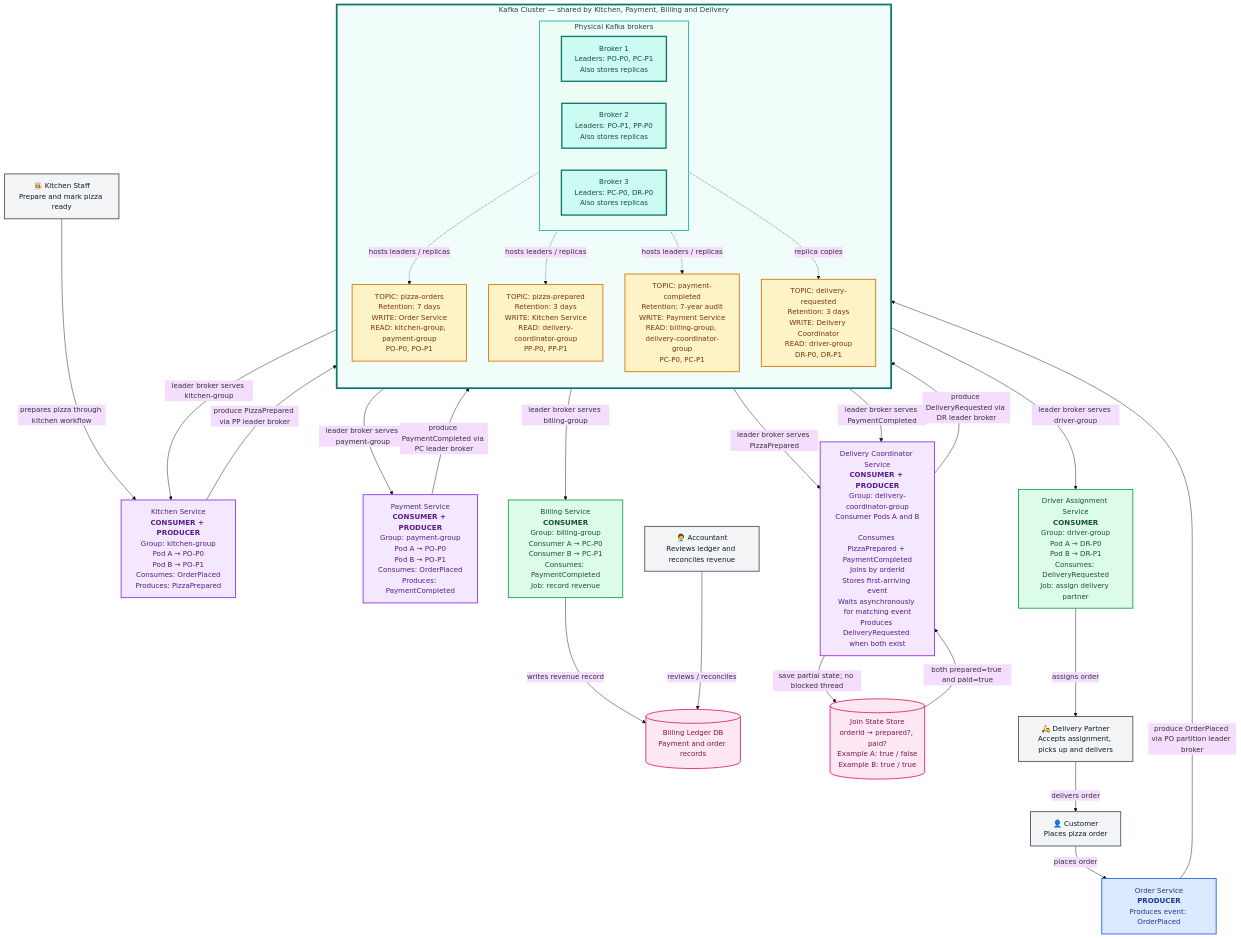
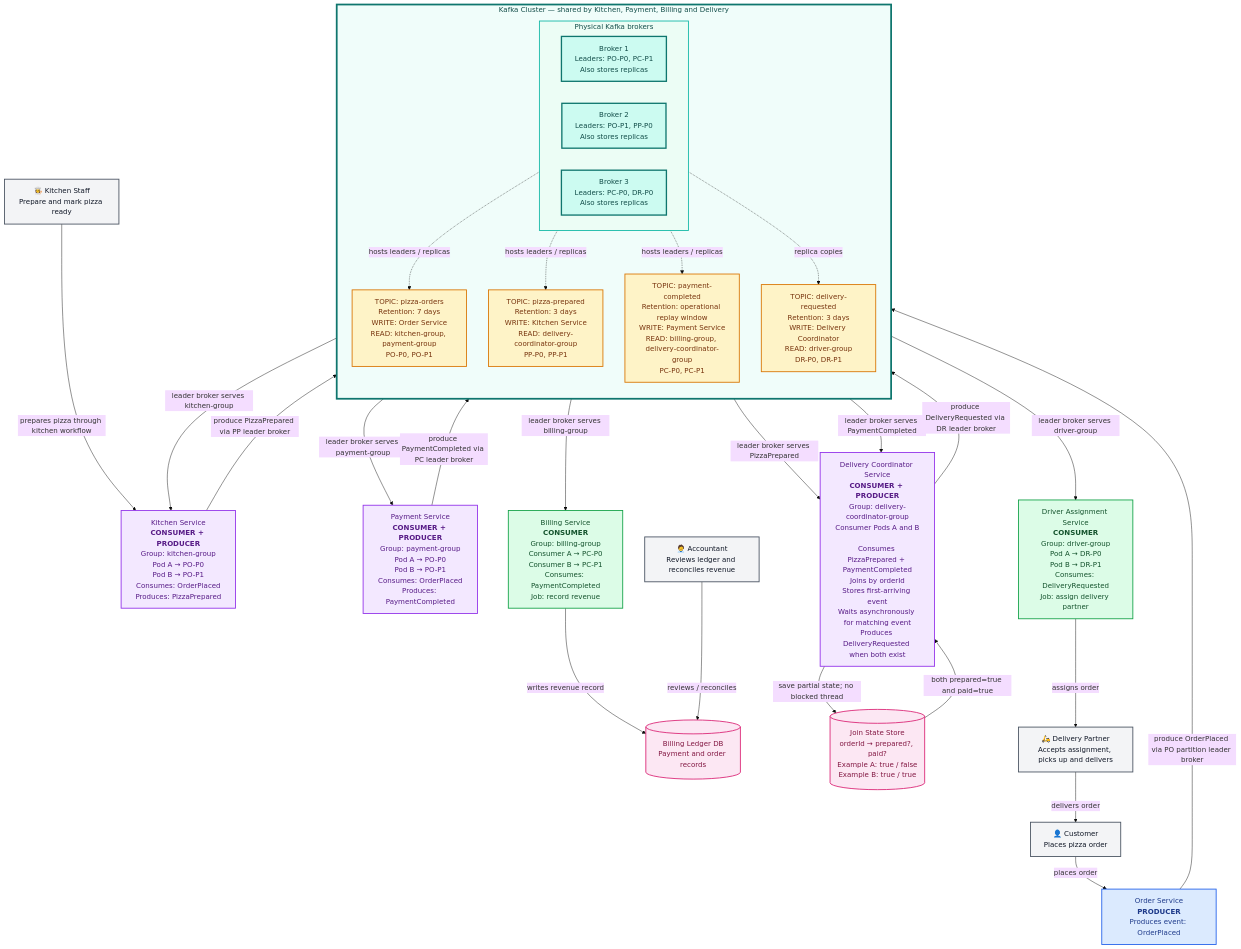
The second of 6 diagrams in Kafka-Questions.md (arpit-jain-mygit/interview-preparation), drawn with Mermaid (base theme) before and after one commit. The commit also changed other lines of this file, not shown here.

Commit message:
Add DCP ordering durability and audit deep dive

````diff
--- a/Kafka-Questions.md
+++ b/Kafka-Questions.md
@@ -74,65 +75,65 @@
 ```mermaid
 flowchart TB
     CUSTOMER["👤 Customer<br/>Places pizza order"]:::actor
     ORDER["Order Service<br/><b>PRODUCER</b><br/>Produces event: OrderPlaced"]:::producer
     KITCHEN["Kitchen Service<br/><b>CONSUMER + PRODUCER</b><br/>Group: kitchen-group<br/>Pod A → PO-P0<br/>Pod B → PO-P1<br/>Consumes: OrderPlaced<br/>Produces: PizzaPrepared"]:::both
     PAYMENT["Payment Service<br/><b>CONSUMER + PRODUCER</b><br/>Group: payment-group<br/>Pod A → PO-P0<br/>Pod B → PO-P1<br/>Consumes: OrderPlaced<br/>Produces: PaymentCompleted"]:::both
     STAFF["👩‍🍳 Kitchen Staff<br/>Prepare and mark pizza ready"]:::actor
     BILLING["Billing Service<br/><b>CONSUMER</b><br/>Group: billing-group<br/>Consumer A → PC-P0<br/>Consumer B → PC-P1<br/>Consumes: PaymentCompleted<br/>Job: record revenue"]:::consumer
     ACCOUNTANT["🧑‍💼 Accountant<br/>Reviews ledger and reconciles revenue"]:::actor
     LEDGER[("Billing Ledger DB<br/>Payment and order records")]:::store
     JOIN["Delivery Coordinator Service<br/><b>CONSUMER + PRODUCER</b><br/>Group: delivery-coordinator-group<br/>Consumer Pods A and B<br/><br/>Consumes PizzaPrepared + PaymentCompleted<br/>Joins by orderId<br/>Stores first-arriving event<br/>Waits asynchronously for matching event<br/>Produces DeliveryRequested when both exist"]:::both
     JOINSTORE[("Join State Store<br/>orderId → prepared?, paid?<br/>Example A: true / false<br/>Example B: true / true")]:::store
     DRIVER["Driver Assignment Service<br/><b>CONSUMER</b><br/>Group: driver-group<br/>Pod A → DR-P0<br/>Pod B → DR-P1<br/>Consumes: DeliveryRequested<br/>Job: assign delivery partner"]:::consumer
     PARTNER["🛵 Delivery Partner<br/>Accepts assignment, picks up and delivers"]:::actor
 
     subgraph KAFKA["Kafka Cluster — shared by Kitchen, Payment, Billing and Delivery"]
         direction TB
 
         subgraph BROKERS["Physical Kafka brokers"]
             direction LR
             B1["Broker 1<br/>Leaders: PO-P0, PC-P1<br/>Also stores replicas"]:::cluster
             B2["Broker 2<br/>Leaders: PO-P1, PP-P0<br/>Also stores replicas"]:::cluster
             B3["Broker 3<br/>Leaders: PC-P0, DR-P0<br/>Also stores replicas"]:::cluster
         end
 
         PO["TOPIC: pizza-orders<br/>Retention: 7 days<br/>WRITE: Order Service<br/>READ: kitchen-group, payment-group<br/>PO-P0, PO-P1"]:::topic
         PP["TOPIC: pizza-prepared<br/>Retention: 3 days<br/>WRITE: Kitchen Service<br/>READ: delivery-coordinator-group<br/>PP-P0, PP-P1"]:::topic
-        PC["TOPIC: payment-completed<br/>Retention: 7-year audit<br/>WRITE: Payment Service<br/>READ: billing-group, delivery-coordinator-group<br/>PC-P0, PC-P1"]:::topic
+        PC["TOPIC: payment-completed<br/>Retention: operational replay window<br/>WRITE: Payment Service<br/>READ: billing-group, delivery-coordinator-group<br/>PC-P0, PC-P1"]:::topic
         DR["TOPIC: delivery-requested<br/>Retention: 3 days<br/>WRITE: Delivery Coordinator<br/>READ: driver-group<br/>DR-P0, DR-P1"]:::topic
 
         B1 -.->|"hosts leaders / replicas"| PO
         B2 -.->|"hosts leaders / replicas"| PP
         B3 -.->|"hosts leaders / replicas"| PC
         B1 -.->|"replica copies"| DR
     end
 
     CUSTOMER -->|"places order"| ORDER
     ORDER -->|"produce OrderPlaced via PO partition leader broker"| PO
     PO -->|"leader broker serves kitchen-group"| KITCHEN
     PO -->|"leader broker serves payment-group"| PAYMENT
     STAFF -->|"prepares pizza through kitchen workflow"| KITCHEN
     KITCHEN -->|"produce PizzaPrepared via PP leader broker"| PP
     PAYMENT -->|"produce PaymentCompleted via PC leader broker"| PC
     PC -->|"leader broker serves billing-group"| BILLING
     BILLING -->|"writes revenue record"| LEDGER
     ACCOUNTANT -->|"reviews / reconciles"| LEDGER
     PP -->|"leader broker serves PizzaPrepared"| JOIN
     PC -->|"leader broker serves PaymentCompleted"| JOIN
     JOIN -->|"save partial state; no blocked thread"| JOINSTORE
     JOINSTORE -->|"both prepared=true and paid=true"| JOIN
     JOIN -->|"produce DeliveryRequested via DR leader broker"| DR
     DR -->|"leader broker serves driver-group"| DRIVER
     DRIVER -->|"assigns order"| PARTNER
     PARTNER -->|"delivers order"| CUSTOMER
 
     classDef actor fill:#F3F4F6,stroke:#4B5563,color:#111827,stroke-width:2px;
     classDef producer fill:#DBEAFE,stroke:#2563EB,color:#1E3A8A,stroke-width:2px;
     classDef consumer fill:#DCFCE7,stroke:#16A34A,color:#14532D,stroke-width:2px;
     classDef both fill:#F3E8FF,stroke:#9333EA,color:#581C87,stroke-width:2px;
     classDef topic fill:#FEF3C7,stroke:#D97706,color:#78350F,stroke-width:2px;
     classDef store fill:#FCE7F3,stroke:#DB2777,color:#831843,stroke-width:2px;
     classDef cluster fill:#CCFBF1,stroke:#0F766E,color:#134E4A,stroke-width:3px;
     style KAFKA fill:#F0FDFA,stroke:#0F766E,stroke-width:4px
     style BROKERS fill:#ECFDF5,stroke:#14B8A6,stroke-width:2px
 ```
````
